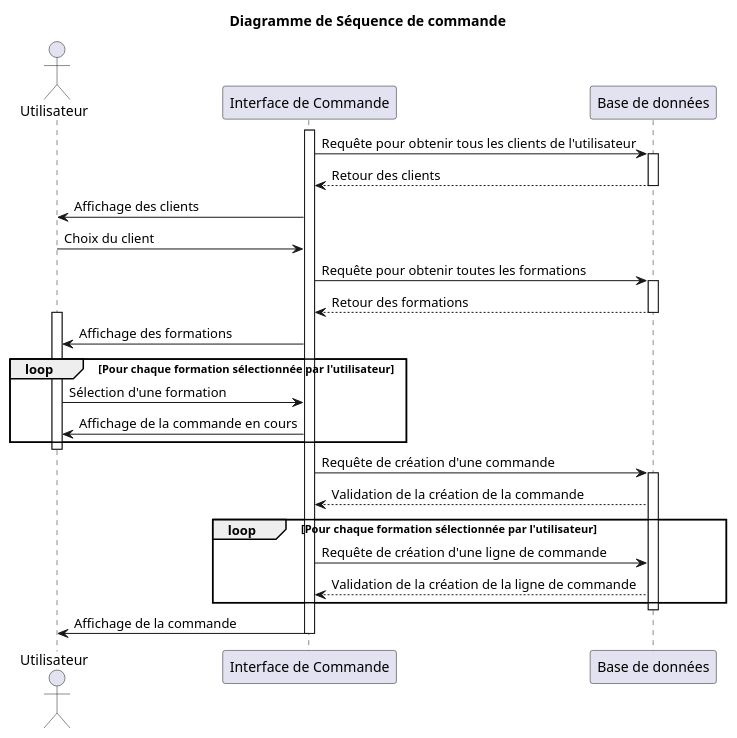
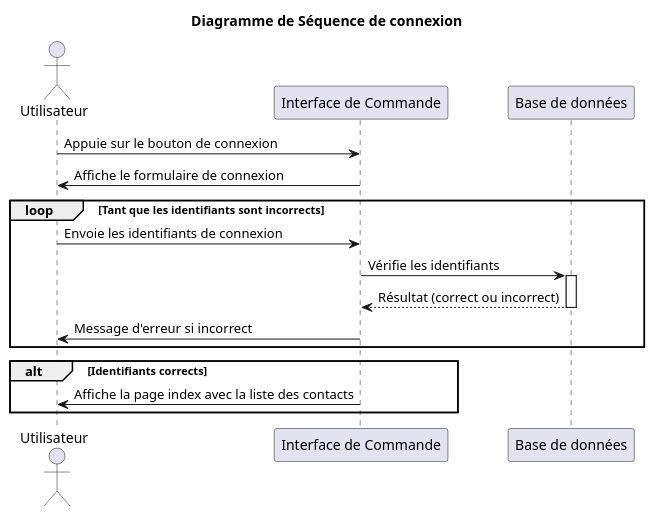
One commit to DucasseRafael91/Contacts changed the diagram in doc/uml/3-sequence/venteFormation_sequence_Commande.puml. Above: the diagram before and after it, drawn with PlantUML.

Commit message:
Création du diagramme de séquence

```diff
--- a/doc/uml/3-sequence/venteFormation_sequence_Commande.puml
+++ b/doc/uml/3-sequence/venteFormation_sequence_Commande.puml
@@ -1,47 +1,25 @@
 @startuml
-title Diagramme de Séquence de commande
+title Diagramme de Séquence de connexion
 
 actor Utilisateur
 participant "Interface de Commande" as Interface
 participant "Base de données" as BDD
 
-activate Interface
 
-Interface -> BDD : Requête pour obtenir tous les clients de l'utilisateur
-activate BDD
-BDD --> Interface : Retour des clients
-deactivate BDD
+Utilisateur -> Interface : Appuie sur le bouton de connexion
+Interface -> Utilisateur : Affiche le formulaire de connexion
 
-Interface -> Utilisateur : Affichage des clients
-Utilisateur -> Interface : Choix du client
+loop Tant que les identifiants sont incorrects
+    Utilisateur -> Interface : Envoie les identifiants de connexion
+    Interface -> BDD : Vérifie les identifiants
+    activate BDD
+    BDD --> Interface : Résultat (correct ou incorrect)
+    deactivate BDD
+    Interface -> Utilisateur : Message d'erreur si incorrect
+end
 
-Interface -> BDD : Requête pour obtenir toutes les formations
-activate BDD
-BDD --> Interface : Retour des formations
-deactivate BDD
-
-activate Utilisateur
-Interface -> Utilisateur : Affichage des formations
-loop Pour chaque formation sélectionnée par l'utilisateur
-    Utilisateur -> Interface : Sélection d'une formation
-    Interface -> Utilisateur : Affichage de la commande en cours
+alt Identifiants corrects
+    Interface -> Utilisateur : Affiche la page index avec la liste des contacts
 end
-deactivate Utilisateur
-
-Interface -> BDD : Requête de création d'une commande
-activate BDD
-BDD --> Interface : Validation de la création de la commande
-
-loop Pour chaque formation sélectionnée par l'utilisateur
-    Interface -> BDD : Requête de création d'une ligne de commande
-    BDD --> Interface : Validation de la création de la ligne de commande
-end
-deactivate BDD
-
-activate Utilisateur
-Interface -> Utilisateur : Affichage de la commande
-deactivate Utilisateur
-
-deactivate Interface
 
 @enduml
```
